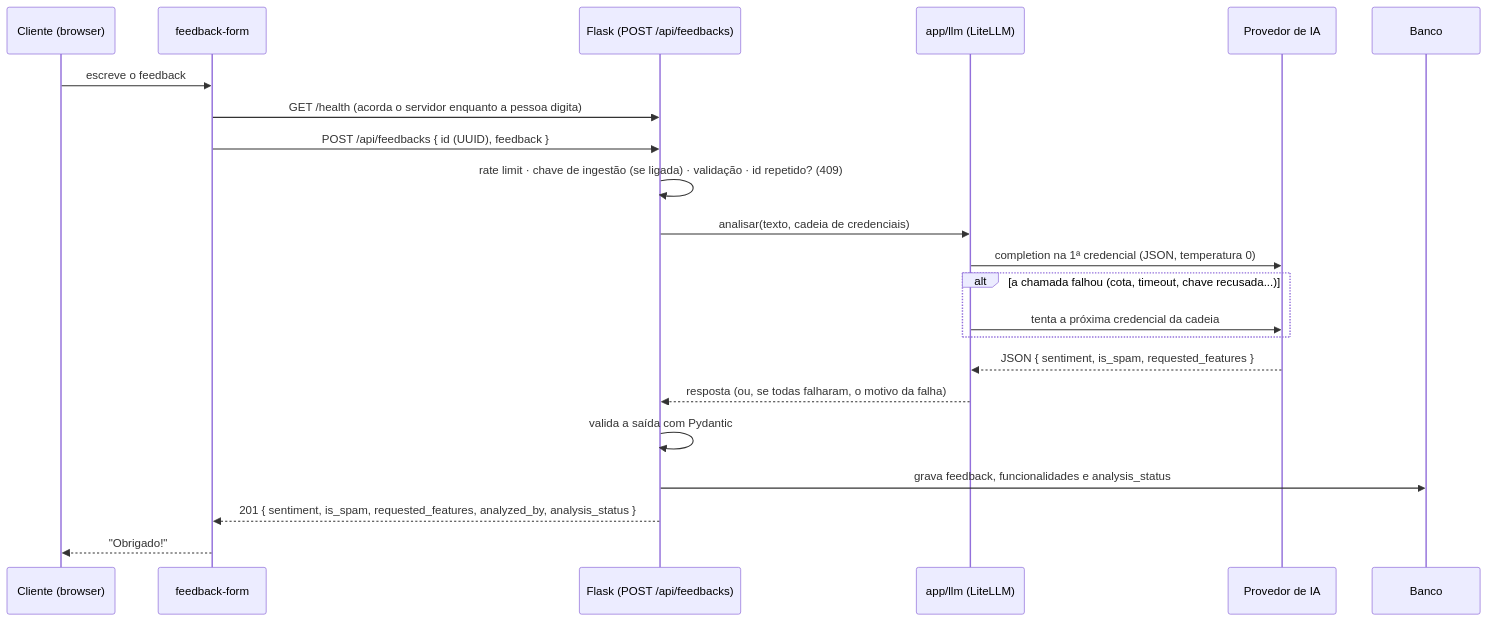
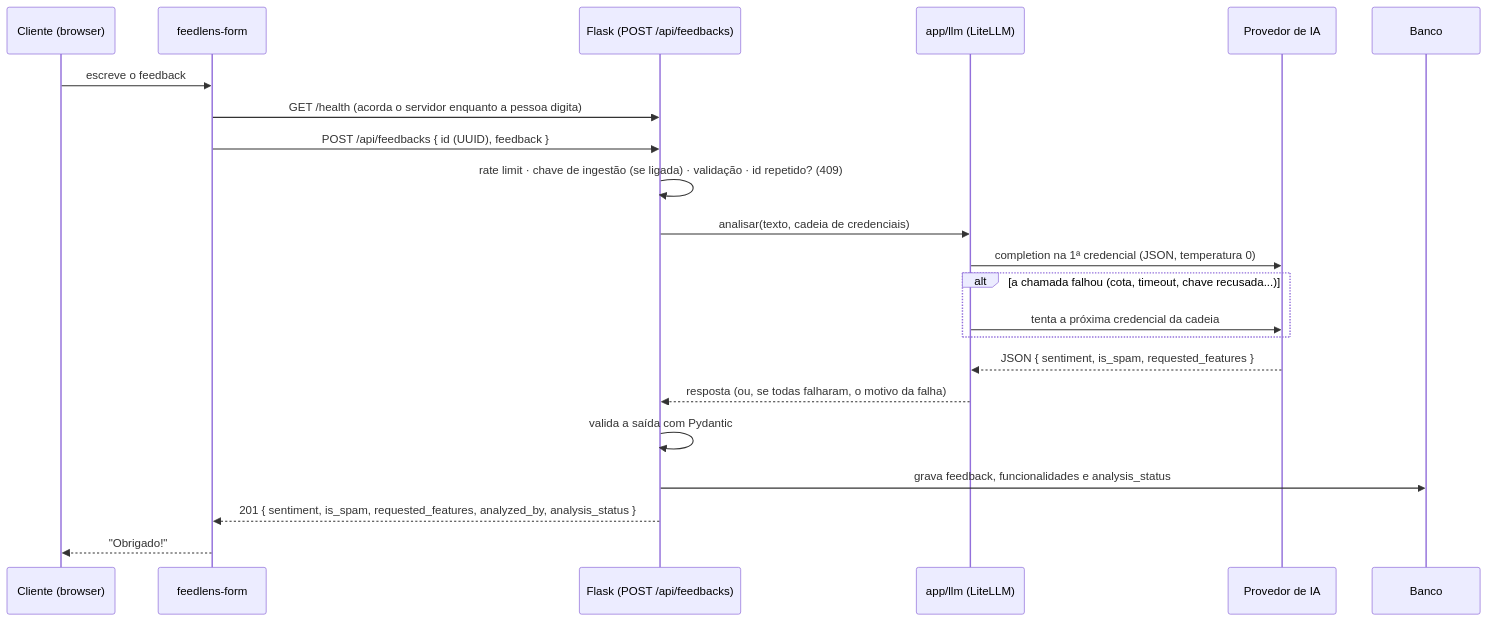
One commit to IannCarvalho/feedlens changed the second of 2 diagrams in ARCHITECTURE.md. Above: the diagram before and after it, drawn with Mermaid. The commit also changed other lines of this file and 79 other files, not shown here.

First line of the commit message:
refactor: remove frontend/ e feedback-form/ (agora em feedlens-panel e feedlens-form) (#57)

````diff
--- a/ARCHITECTURE.md
+++ b/ARCHITECTURE.md
@@ -67,25 +90,25 @@
 ```mermaid
 sequenceDiagram
     participant C as Cliente (browser)
-    participant F as feedback-form
+    participant F as feedlens-form
     participant A as Flask (POST /api/feedbacks)
     participant L as app/llm (LiteLLM)
     participant P as Provedor de IA
     participant D as Banco
 
     C->>F: escreve o feedback
     F->>A: GET /health (acorda o servidor enquanto a pessoa digita)
     F->>A: POST /api/feedbacks { id (UUID), feedback }
     A->>A: rate limit · chave de ingestão (se ligada) · validação · id repetido? (409)
     A->>L: analisar(texto, cadeia de credenciais)
     L->>P: completion na 1ª credencial (JSON, temperatura 0)
     alt a chamada falhou (cota, timeout, chave recusada...)
         L->>P: tenta a próxima credencial da cadeia
     end
     P-->>L: JSON { sentiment, is_spam, requested_features }
     L-->>A: resposta (ou, se todas falharam, o motivo da falha)
     A->>A: valida a saída com Pydantic
     A->>D: grava feedback, funcionalidades e analysis_status
     A-->>F: 201 { sentiment, is_spam, requested_features, analyzed_by, analysis_status }
     F-->>C: "Obrigado!"
 ```
````
